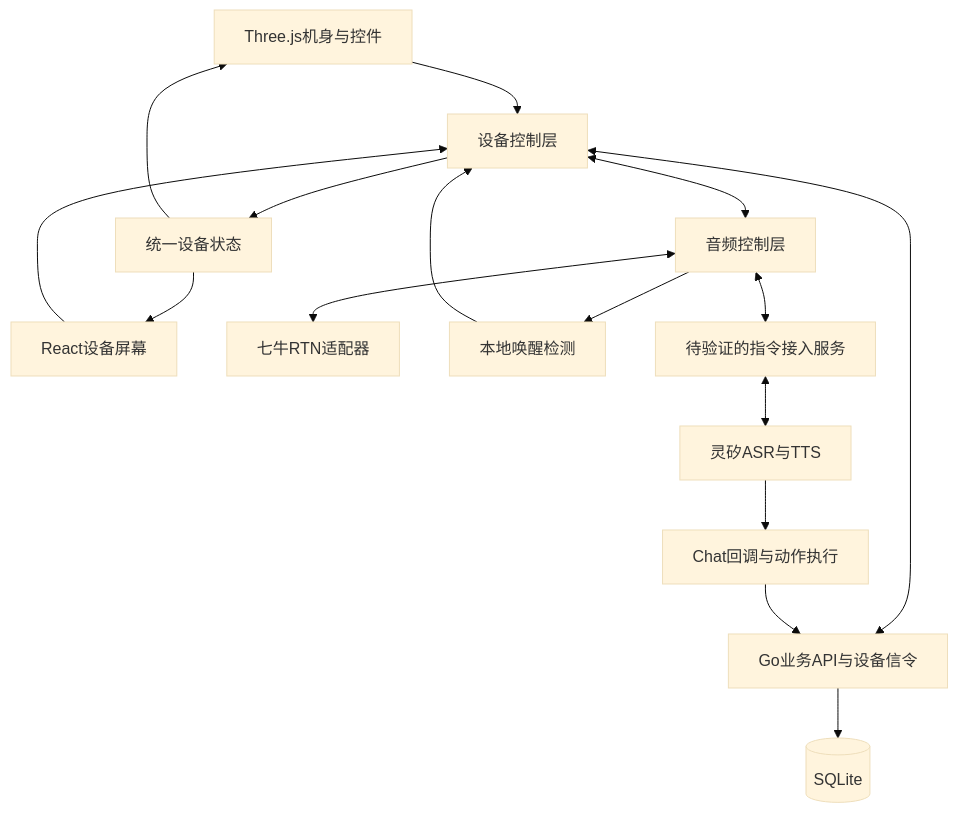
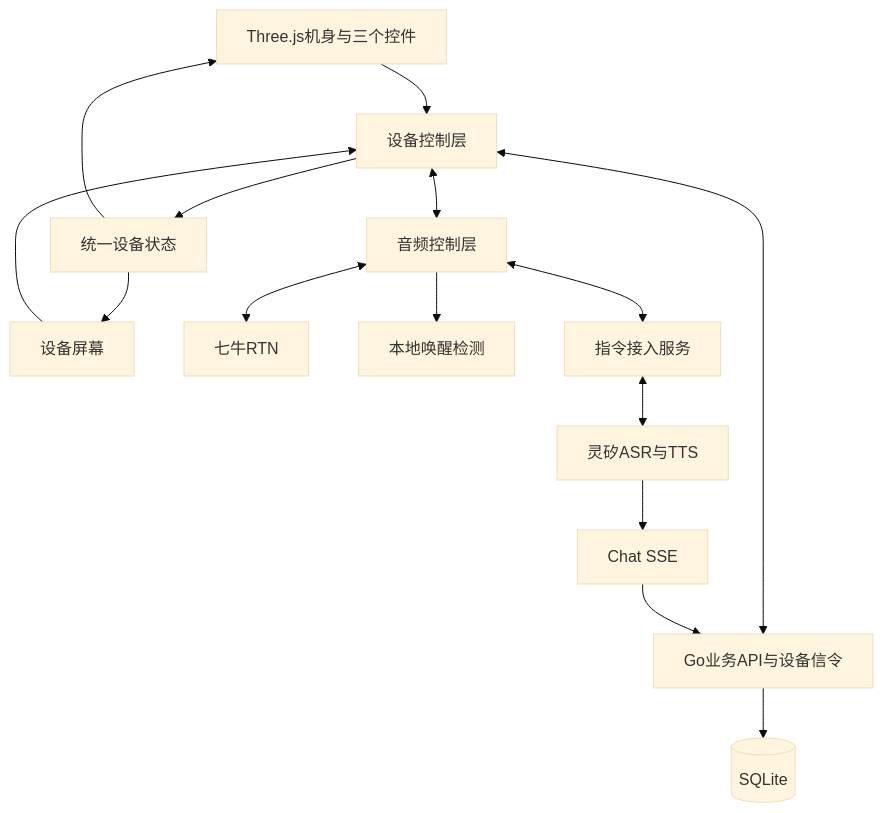
Before and after one commit to AdairZeng/fleet-ptt: the first of 3 diagrams in docs/technical-design.md, drawn with Mermaid (base theme). The commit also changed other lines of this file and 3 other files, not shown here.

````diff
--- a/docs/technical-design.md
+++ b/docs/technical-design.md
@@ -21,18 +24,17 @@
 ```mermaid
 flowchart TB
-  shell[Three.js机身与控件] --> control[设备控制层]
-  screen[React设备屏幕] --> control
+  shell[Three.js机身与三个控件] --> control[设备控制层]
+  screen[设备屏幕] --> control
   control --> state[统一设备状态]
   state --> shell
   state --> screen
   control <--> api[Go业务API与设备信令]
   control <--> audio[音频控制层]
-  audio <--> rtc[七牛RTN适配器]
+  audio <--> rtc[七牛RTN]
   audio --> wake[本地唤醒检测]
-  wake --> control
-  audio <--> bridge[待验证的指令接入服务]
+  audio <--> bridge[指令接入服务]
   bridge <--> linx[灵矽ASR与TTS]
-  linx --> callback[Chat回调与动作执行]
-  callback --> api
+  linx --> chat[Chat SSE]
+  chat --> api
   api --> db[(SQLite)]
 ```
````
